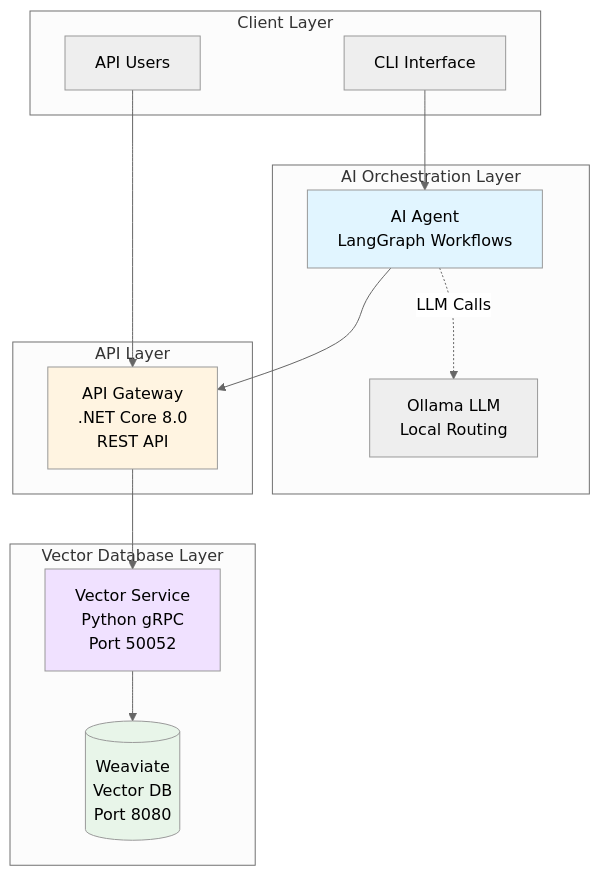
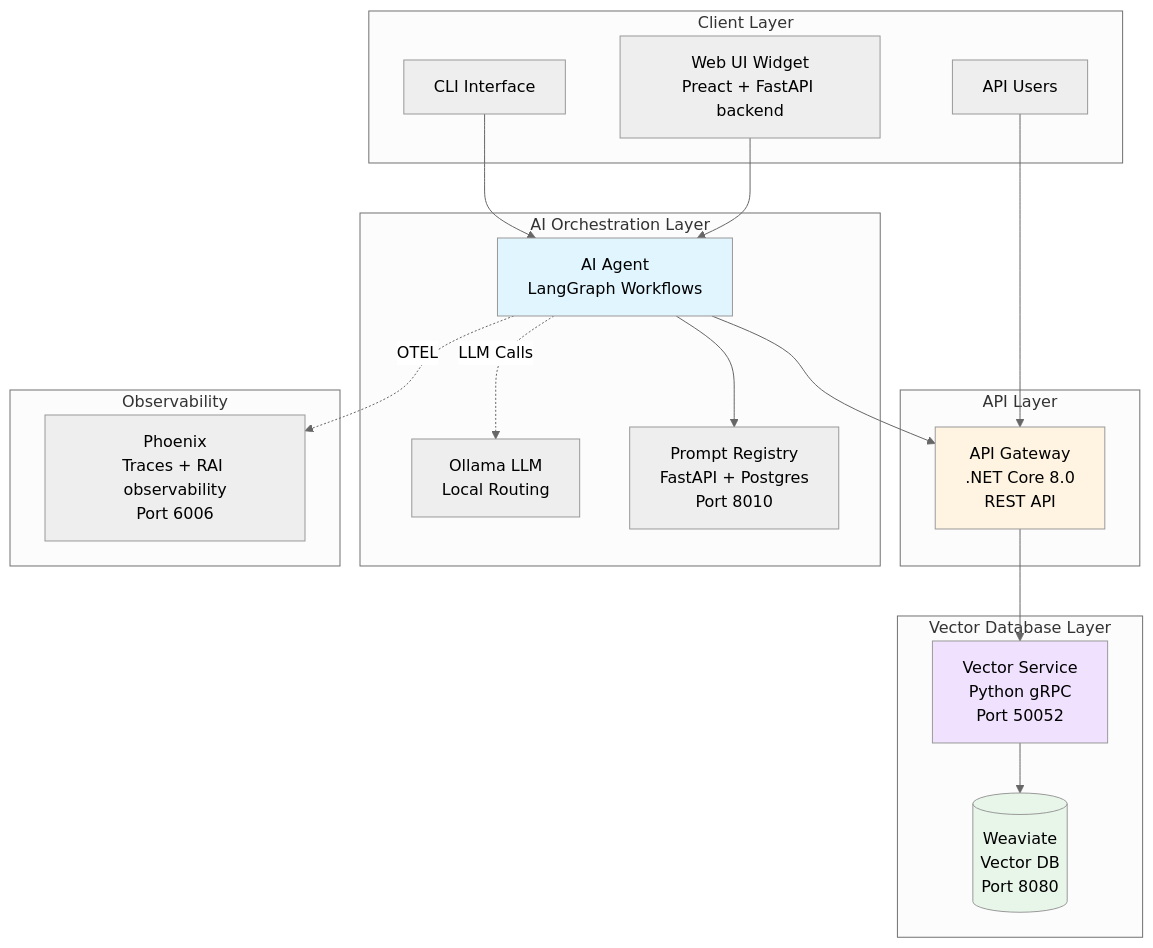
One commit to JessKelly91/IntraMind changed the first of 6 diagrams in docs/ARCHITECTURE.md. Above: the diagram before and after it, drawn with Mermaid (neutral theme). The commit also changed other lines of this file and 9 other files, not shown here.

````diff
--- a/docs/ARCHITECTURE.md
+++ b/docs/ARCHITECTURE.md
@@ -21,33 +21,42 @@
 ```mermaid
 graph TB
     subgraph "Client Layer"
         CLI[CLI Interface]
+        WIDGET[Web UI Widget<br/>Preact + FastAPI backend]
         API_USER[API Users]
     end
     
     subgraph "AI Orchestration Layer"
         AGENT[AI Agent<br/>LangGraph Workflows]
         OLLAMA[Ollama LLM<br/>Local Routing]
+        PROMPTS[Prompt Registry<br/>FastAPI + Postgres<br/>Port 8010]
     end
     
     subgraph "API Layer"
         GATEWAY[API Gateway<br/>.NET Core 8.0<br/>REST API]
     end
     
     subgraph "Vector Database Layer"
         VECTOR[Vector Service<br/>Python gRPC<br/>Port 50052]
         WEAVIATE[(Weaviate<br/>Vector DB<br/>Port 8080)]
     end
+
+    subgraph "Observability"
+        PHOENIX[Phoenix<br/>Traces + RAI observability<br/>Port 6006]
+    end
     
     CLI --> AGENT
+    WIDGET --> AGENT
     API_USER --> GATEWAY
     AGENT --> GATEWAY
+    AGENT --> PROMPTS
     AGENT -.LLM Calls.-> OLLAMA
+    AGENT -.OTEL.-> PHOENIX
     GATEWAY --> VECTOR
     VECTOR --> WEAVIATE
     
     style AGENT fill:#e1f5ff
     style GATEWAY fill:#fff4e1
     style VECTOR fill:#f0e1ff
     style WEAVIATE fill:#e8f5e9
 ```
````
